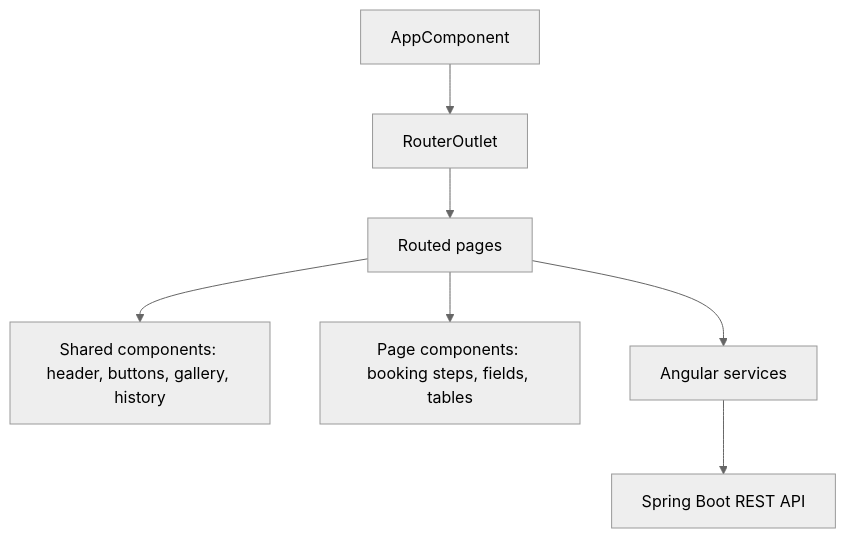
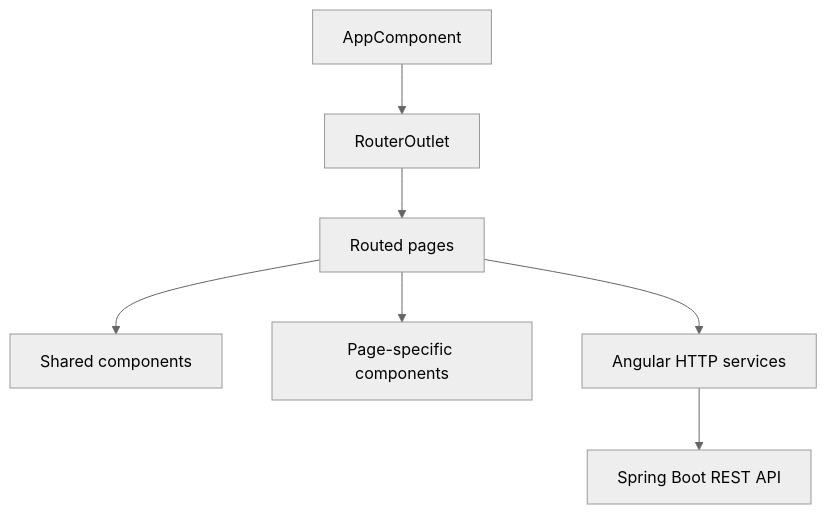
The second of 2 diagrams in README.md (CarefreeHarp/Hotel-Management-System-Angular), drawn with Mermaid (neutral theme) before and after one commit. The commit also changed other lines of this file and 85 other files, not shown here.

````diff
--- a/README.md
+++ b/README.md
@@ -71,9 +74,9 @@
 ```mermaid
 flowchart TD
     App[AppComponent] --> Outlet[RouterOutlet]
     Outlet --> Pages[Routed pages]
-    Pages --> Shared["Shared components: header, buttons, gallery, history"]
-    Pages --> Local["Page components: booking steps, fields, tables"]
-    Pages --> Services[Angular services]
+    Pages --> Shared[Shared components]
+    Pages --> Local[Page-specific components]
+    Pages --> Services[Angular HTTP services]
     Services --> API[Spring Boot REST API]
 ```
````
